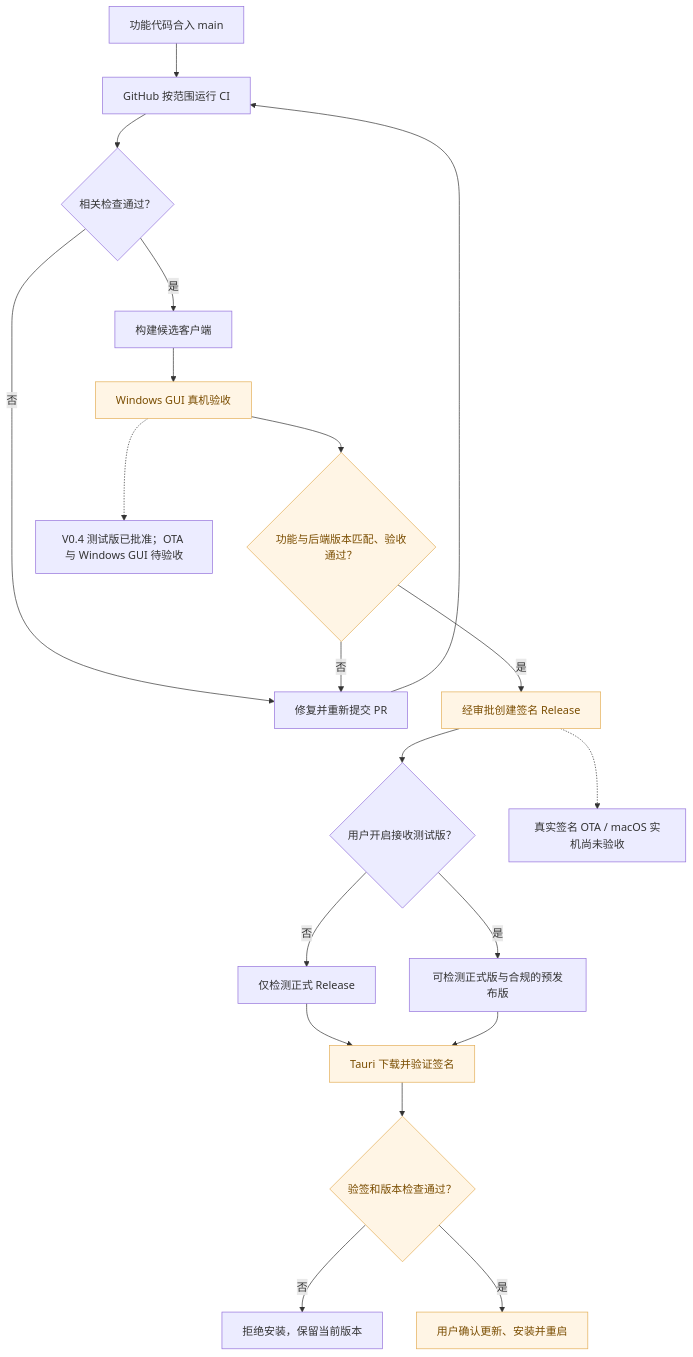
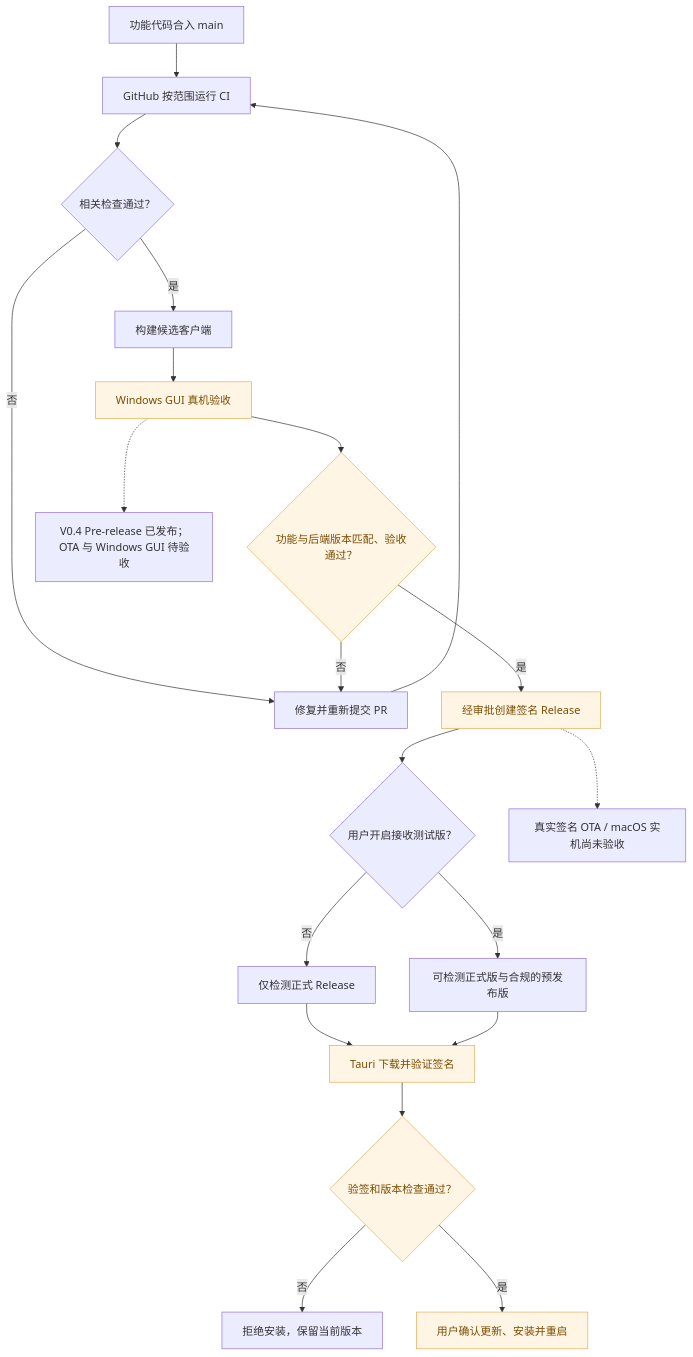
One commit to Fan6512/una-seller changed the ninth of 9 diagrams in docs/product/FEATURE-STATUS.md. Above: the diagram before and after it, drawn with Mermaid. The commit also changed other lines of this file, not shown here.

Commit message:
docs(product): record V0.4 test release publication

```diff
--- a/docs/product/FEATURE-STATUS.md
+++ b/docs/product/FEATURE-STATUS.md
@@ -379,26 +380,26 @@
 ~~~mermaid
 flowchart TD
     A["功能代码合入 main"] --> B["GitHub 按范围运行 CI"]
     B --> C{"相关检查通过？"}
     C -->|否| D["修复并重新提交 PR"]
     D --> B
     C -->|是| E["构建候选客户端"]
     E --> F["Windows GUI 真机验收"]
     F --> G{"功能与后端版本匹配、验收通过？"}
     G -->|否| D
     G -->|是| H["经审批创建签名 Release"]
     H --> I{"用户开启接收测试版？"}
     I -->|否| J["仅检测正式 Release"]
     I -->|是| K["可检测正式版与合规的预发布版"]
     J --> L["Tauri 下载并验证签名"]
     K --> L
     L --> M{"验签和版本检查通过？"}
     M -->|否| N["拒绝安装，保留当前版本"]
     M -->|是| O["用户确认更新、安装并重启"]
 
-    F -.-> P["V0.4 测试版已批准；OTA 与 Windows GUI 待验收"]
+    F -.-> P["V0.4 Pre-release 已发布；OTA 与 Windows GUI 待验收"]
     H -.-> Q["真实签名 OTA / macOS 实机尚未验收"]
 
     classDef verify fill:#fff5e5,color:#7a4d00,stroke:#e3ae56
     class F,G,H,L,M,O verify
 ~~~
```
